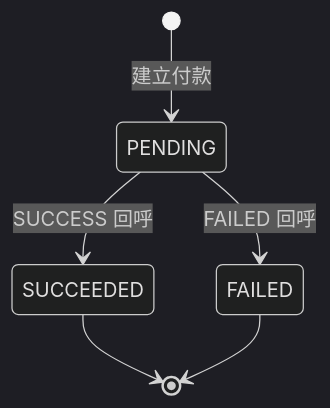
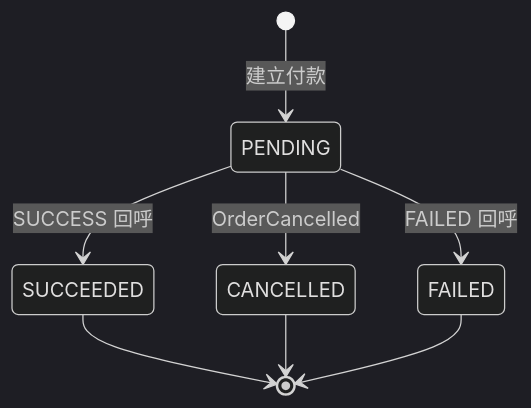
Before and after one commit to joe830507/my-microservice: the fourth of 6 diagrams in docs/class-relationships/spring-payment-service.md, drawn with Mermaid (dark theme). The commit also changed other lines of this file and 14 other files, not shown here.

Commit message:
fix(payment): cancel pending payments on order cancellation

````diff
--- a/docs/class-relationships/spring-payment-service.md
+++ b/docs/class-relationships/spring-payment-service.md
@@ -84,8 +84,10 @@
 ```mermaid
 stateDiagram-v2
     [*] --> PENDING : 建立付款
     PENDING --> SUCCEEDED : SUCCESS 回呼
     PENDING --> FAILED : FAILED 回呼
     SUCCEEDED --> [*]
+    PENDING --> CANCELLED : OrderCancelled
+    CANCELLED --> [*]
     FAILED --> [*]
 ```
````
